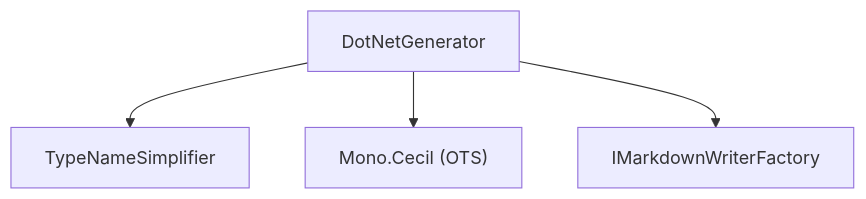
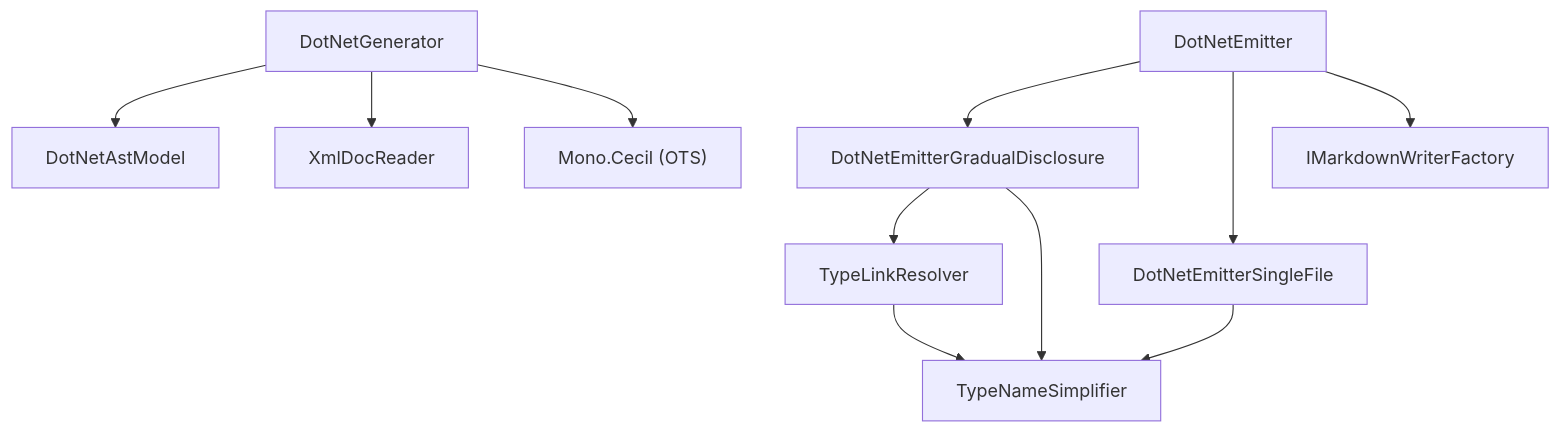
Before and after one commit to demaconsulting/ApiMark: the diagram in docs/design/api-mark-dot-net.md, drawn with Mermaid. The commit also changed other lines of this file and 153 other files, not shown here.

````diff
--- a/docs/design/api-mark-dot-net.md
+++ b/docs/design/api-mark-dot-net.md
@@ -18,6 +29,13 @@
 ```mermaid
 flowchart TD
-    DotNetGenerator --> TypeNameSimplifier
+    DotNetGenerator --> DotNetAstModel
+    DotNetGenerator --> XmlDocReader
     DotNetGenerator --> MonoCecil["Mono.Cecil (OTS)"]
-    DotNetGenerator --> IMarkdownWriterFactory
+    DotNetEmitter --> DotNetEmitterGradualDisclosure
+    DotNetEmitter --> DotNetEmitterSingleFile
+    DotNetEmitter --> IMarkdownWriterFactory
+    DotNetEmitterGradualDisclosure --> TypeLinkResolver
+    DotNetEmitterGradualDisclosure --> TypeNameSimplifier
+    DotNetEmitterSingleFile --> TypeNameSimplifier
+    TypeLinkResolver --> TypeNameSimplifier
 ```
````
